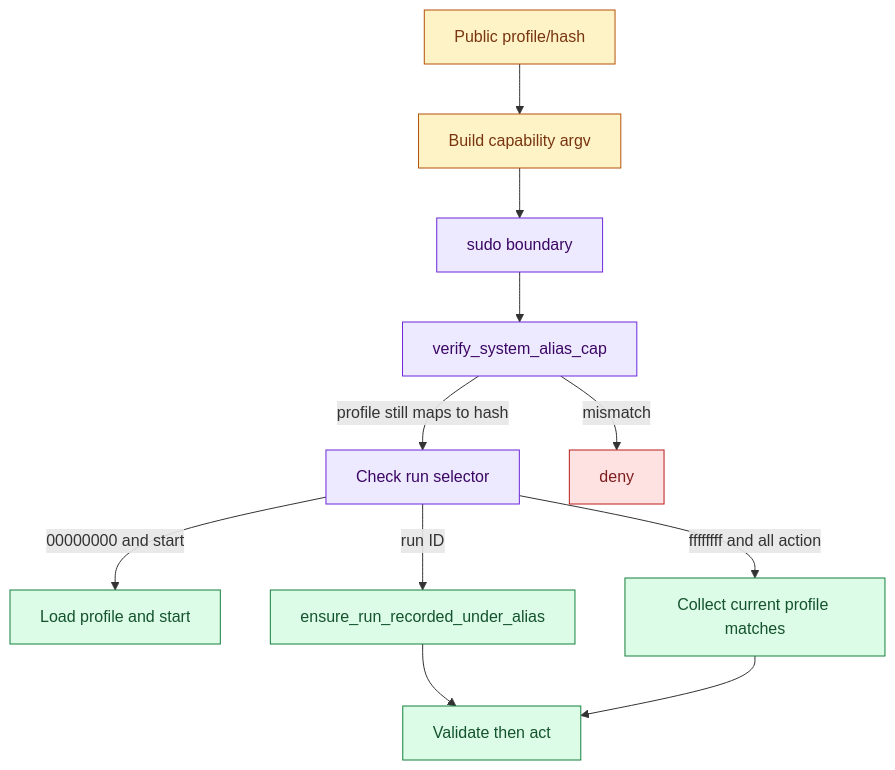
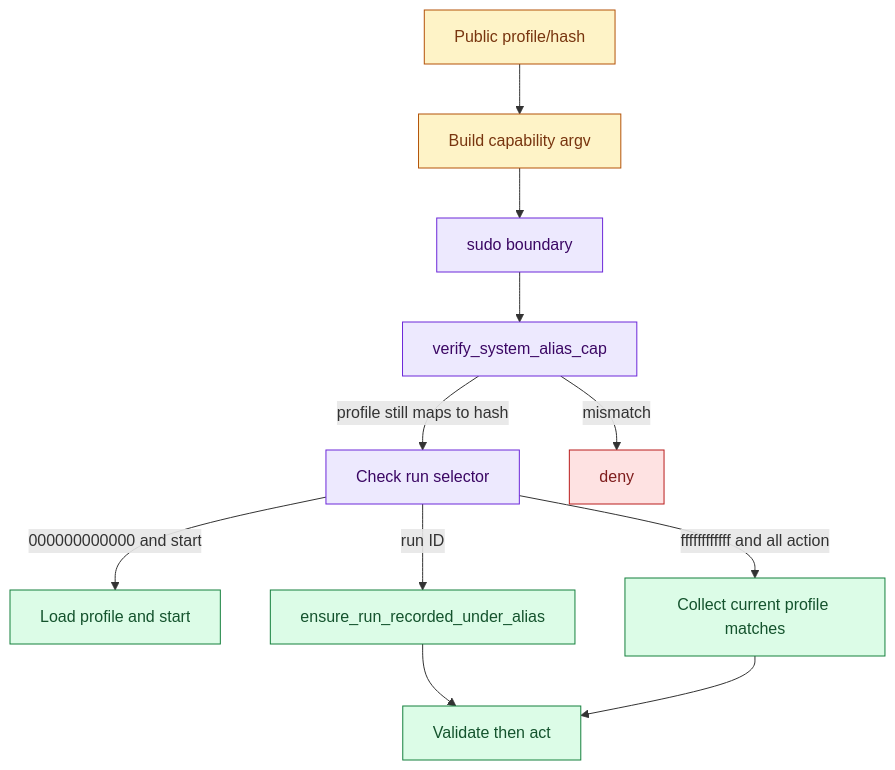
Before and after one commit to RchGrav/onhold: the second of 3 diagrams in docs/security.md, drawn with Mermaid. The commit also changed other lines of this file and 15 other files, not shown here.

````diff
--- a/docs/security.md
+++ b/docs/security.md
@@ -53,22 +53,22 @@
 ```mermaid
 flowchart TD
     Public["Public profile/hash"] --> Build["Build capability argv"]
     Build --> Sudo["sudo boundary"]
     Sudo --> Verify["verify_system_alias_cap"]
     Verify -->|profile still maps to hash| Selector["Check run selector"]
     Verify -->|mismatch| Deny["deny"]
-    Selector -->|00000000 and start| Profile["Load profile and start"]
-    Selector -->|ffffffff and all action| Matches["Collect current profile matches"]
+    Selector -->|000000000000 and start| Profile["Load profile and start"]
+    Selector -->|ffffffffffff and all action| Matches["Collect current profile matches"]
     Selector -->|run ID| Label["ensure_run_recorded_under_alias"]
     Label --> Action["Validate then act"]
     Matches --> Action
 
     classDef public fill:#fef3c7,stroke:#b45309,color:#78350f
     classDef privilege fill:#ede9fe,stroke:#6d28d9,color:#3b0764
     classDef safe fill:#dcfce7,stroke:#15803d,color:#14532d
     classDef deny fill:#fee2e2,stroke:#b91c1c,color:#7f1d1d
     class Public,Build public
     class Sudo,Verify,Selector privilege
     class Profile,Matches,Label,Action safe
     class Deny deny
 ```
````
